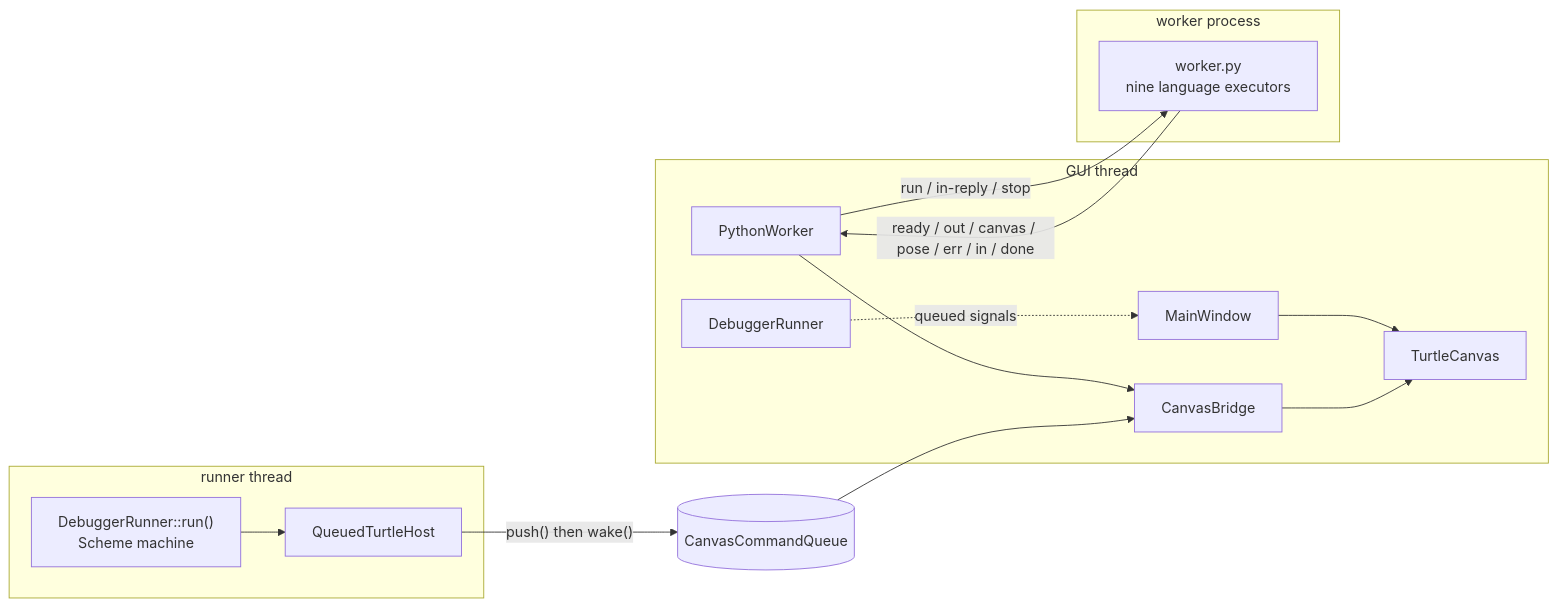
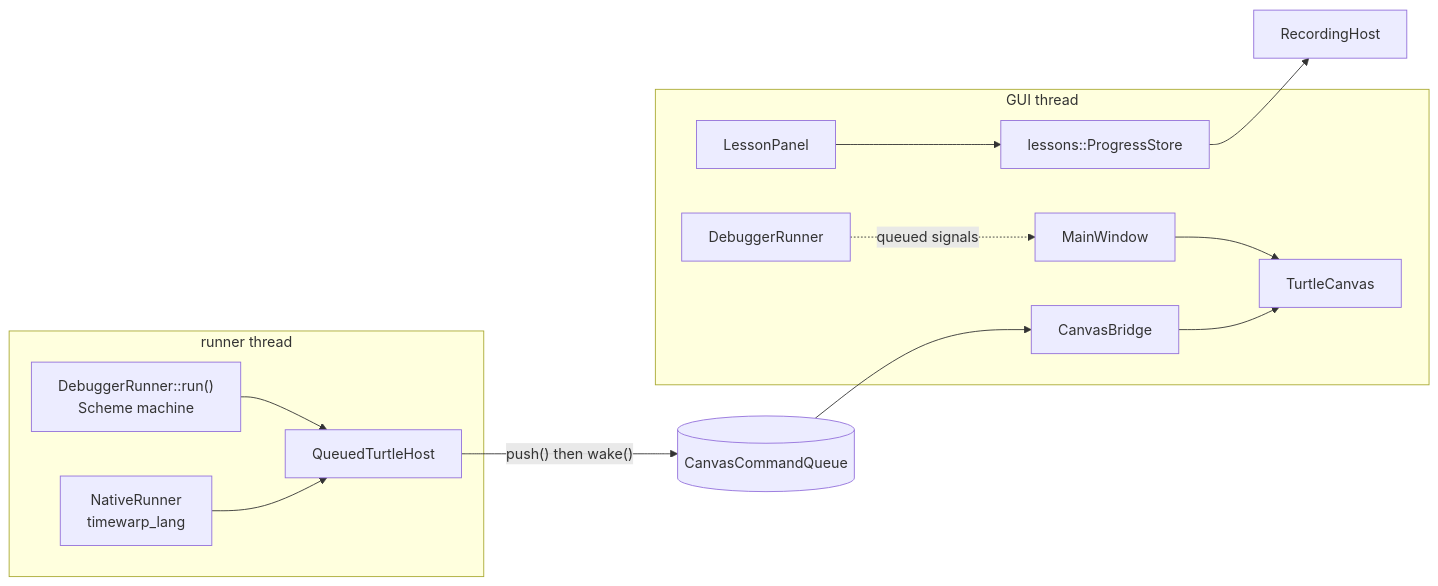
The diagram in docs/ARCHITECTURE.md (James-HoneyBadger/Time_Warp_Studio), drawn with Mermaid before and after one commit. The commit also changed other lines of this file and 27 other files, not shown here.

````diff
--- a/docs/ARCHITECTURE.md
+++ b/docs/ARCHITECTURE.md
@@ -88,19 +92,16 @@
 ```mermaid
 flowchart LR
     subgraph GUI["GUI thread"]
         W[MainWindow] --> C[TurtleCanvas]
         B[CanvasBridge] --> C
-        PW[PythonWorker] --> B
+        LP[LessonPanel] --> LS["lessons::ProgressStore"]
         DR[DebuggerRunner] -. queued signals .-> W
     end
     subgraph RT["runner thread"]
         DR2["DebuggerRunner::run()<br/>Scheme machine"] --> H[QueuedTurtleHost]
-    end
-    subgraph PP["worker process"]
-        WK["worker.py<br/>nine language executors"]
+        NR["NativeRunner<br/>timewarp_lang"] --> H
     end
     H -- "push() then wake()" --> Q[(CanvasCommandQueue)]
     Q --> B
-    PW -- "run / in-reply / stop" --> WK
-    WK -- "ready / out / canvas / pose / err / in / done" --> PW
+    LS --> RH[RecordingHost]
 ```
````
